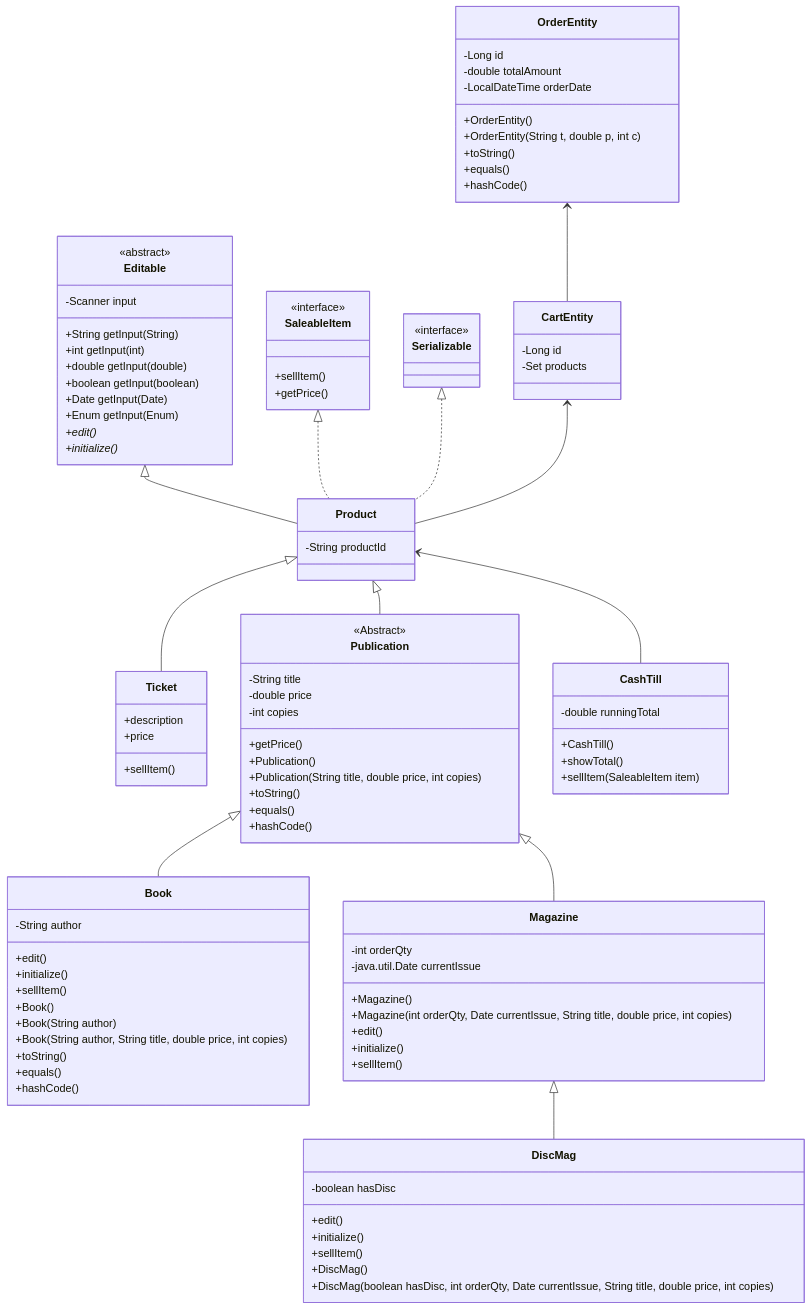
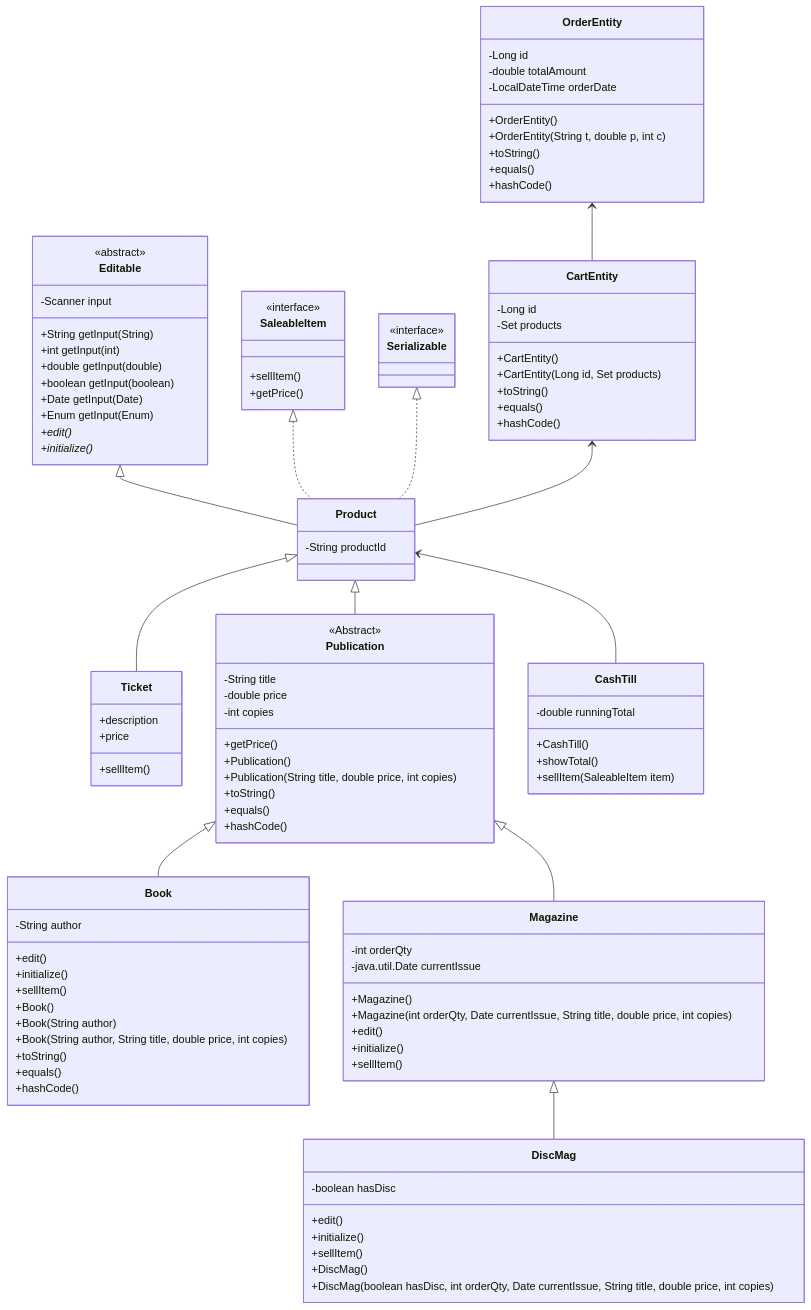
Before and after one commit to CaellumW/csd230_f26.lab1.CaellumFortier: the diagram in documentation/bookstore.f25-2025-11-17-211001.mmd, drawn with Mermaid. The commit also changed 1 other file, not shown here.

Commit message:
Finished UML and adjusting methods

```diff
--- a/documentation/bookstore.f25-2025-11-17-211001.mmd
+++ b/documentation/bookstore.f25-2025-11-17-211001.mmd
@@ -1,116 +1,120 @@
 classDiagram
     Editable <|--Product
     Product <|--Ticket
     Product <|--Publication
     Publication <|-- Book
     Publication <|-- Magazine
     Magazine <|-- DiscMag
     SaleableItem <|.. Product
     Serializable <|.. Product
     Product <-- CashTill
     OrderEntity <-- CartEntity
     CartEntity <-- Product
 
     class Product{
         -String productId
     }
 
     class Serializable{
         <<interface>>
     }
     class Ticket{
         +description
         +price
         +sellItem()
     }
     class Editable{
         <<abstract>>
         -Scanner input
         +String getInput(String)
         +int getInput(int)
         +double getInput(double)
         +boolean getInput(boolean)
         +Date getInput(Date)
         +Enum getInput(Enum)
         +edit()*
         +initialize()*
 
     }
     class Publication{
         <<Abstract>>
         -String title
         -double price
         -int copies
         +getPrice()
 
         +Publication()
         +Publication(String title, double price, int copies)
         +toString()
         +equals()
         +hashCode()
 
     }
     class Book{
         -String author
         +edit()
         +initialize()
         +sellItem()
 
         +Book()
         +Book(String author)
         +Book(String author, String title, double price, int copies)
         +toString()
         +equals()
         +hashCode()
     }
 
     class Magazine{
         -int orderQty
         -java.util.Date currentIssue
 
         +Magazine()
         +Magazine(int orderQty, Date currentIssue, String title, double price, int copies)
 
         +edit()
         +initialize()
         +sellItem()
     }
 
     class DiscMag{
         -boolean hasDisc
         +edit()
         +initialize()
         +sellItem()
 
         +DiscMag()
         +DiscMag(boolean hasDisc, int orderQty, Date currentIssue, String title, double price, int copies)
 
     }
     class CashTill{
         -double runningTotal
         +CashTill()
         +showTotal()
         +sellItem(SaleableItem item)
     }
     class SaleableItem {
         <<interface>>
         +sellItem()
         +getPrice()
     }
     class OrderEntity {
         -Long id
         -double totalAmount
         -LocalDateTime orderDate
 
         +OrderEntity()
         +OrderEntity(String t, double p, int c)
         +toString()
         +equals()
         +hashCode()
     }
     class CartEntity {
         -Long id
         -Set<ProductEntity> products
 
-
+        +CartEntity()
+        +CartEntity(Long id, Set<ProductEntity> products)
+        +toString()
+        +equals()
+        +hashCode()
     }
```
